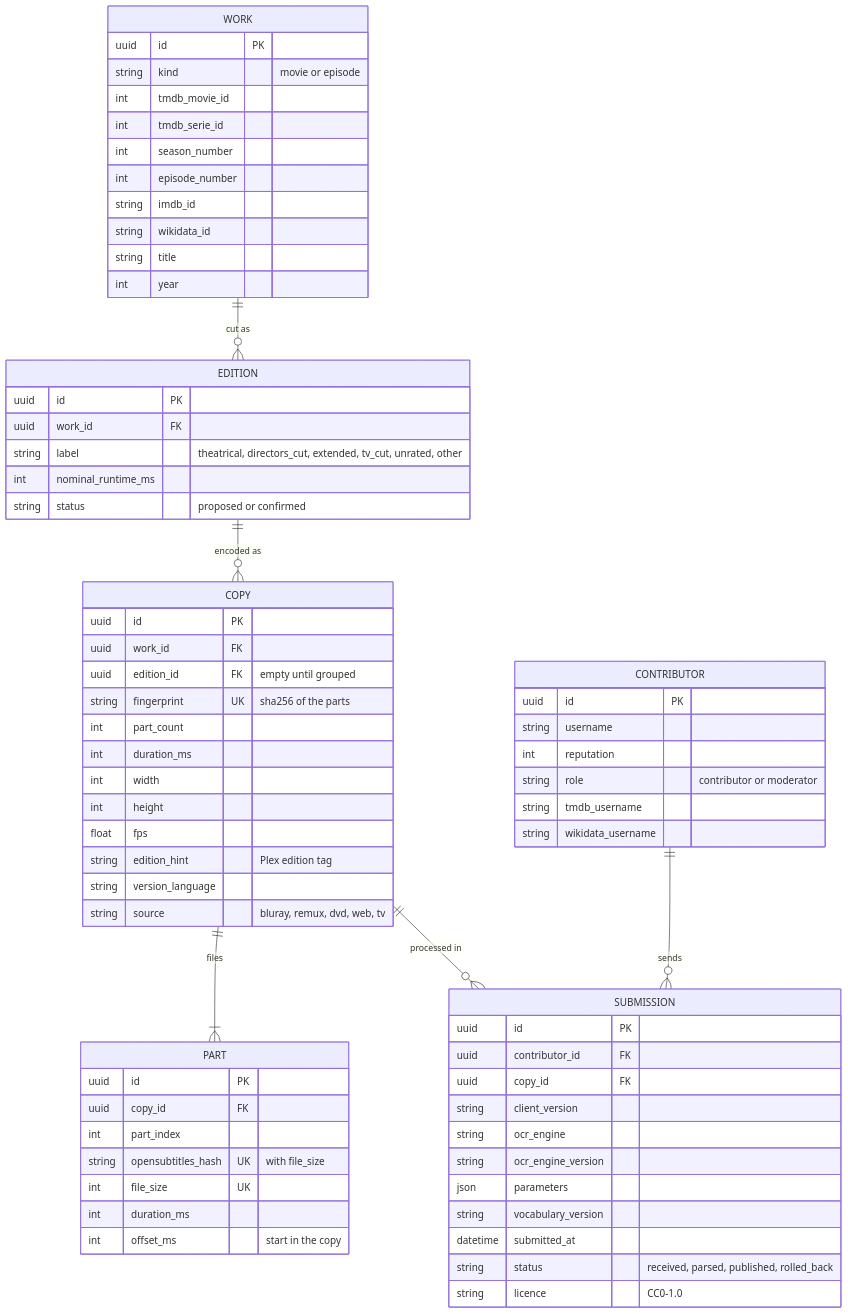
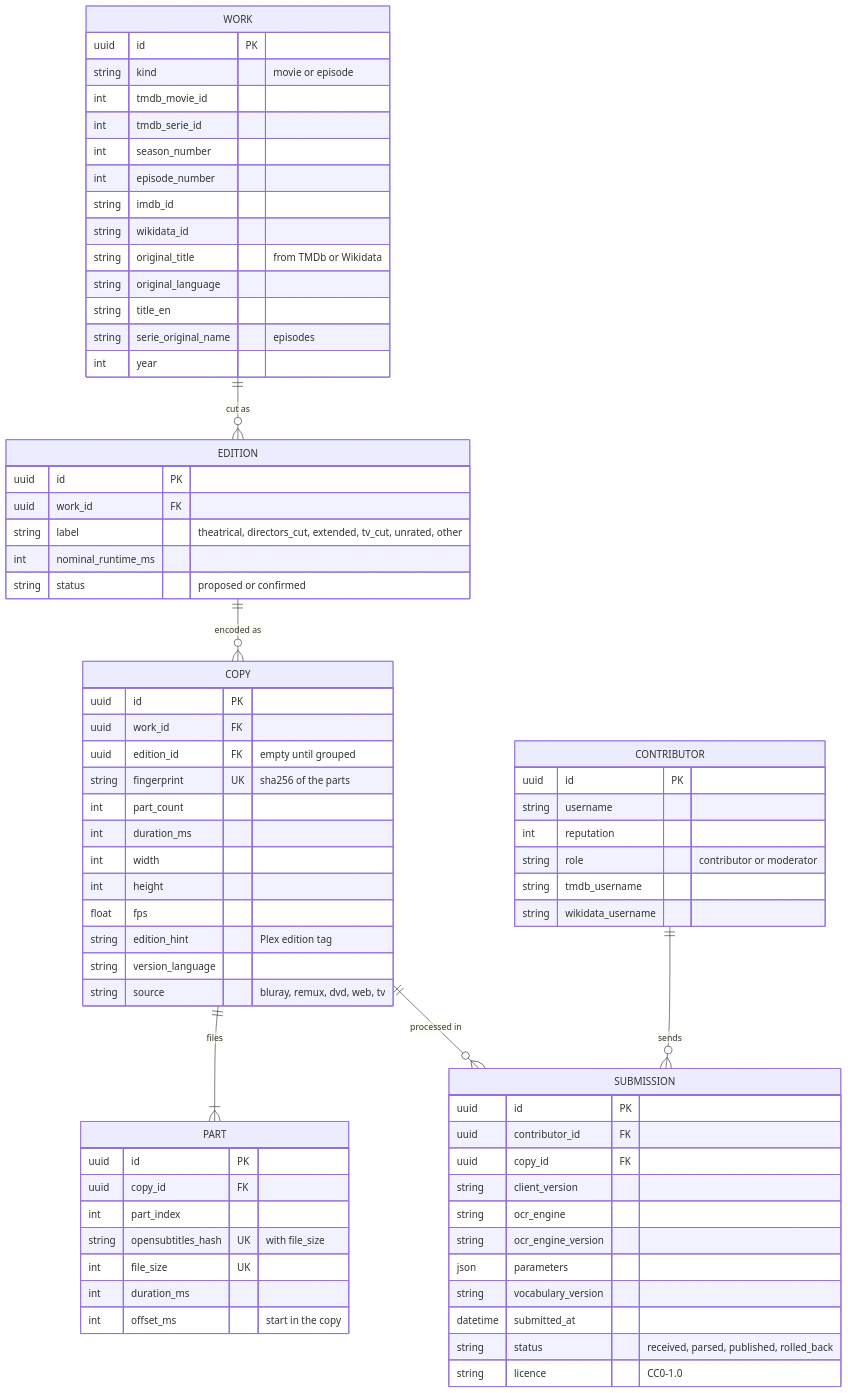
Before and after one commit to vaugouin/open-credits: the second of 5 diagrams in doc/data-model.md, drawn with Mermaid. The commit also changed other lines of this file and 4 other files, not shown here.

First line of the commit message:
WORK titles: original_title, original_language, title_en and serie_original_name filled by the importer from TMDb or Wikidata; the submission sends title_hint and title_language as a sanity check; the checker prints the work it validated

````diff
--- a/doc/data-model.md
+++ b/doc/data-model.md
@@ -342,72 +347,75 @@
 ```mermaid
 erDiagram
     WORK ||--o{ EDITION : "cut as"
     EDITION ||--o{ COPY : "encoded as"
     COPY ||--|{ PART : "files"
     COPY ||--o{ SUBMISSION : "processed in"
     CONTRIBUTOR ||--o{ SUBMISSION : "sends"
 
     WORK {
         uuid id PK
         string kind "movie or episode"
         int tmdb_movie_id
         int tmdb_serie_id
         int season_number
         int episode_number
         string imdb_id
         string wikidata_id
-        string title
+        string original_title "from TMDb or Wikidata"
+        string original_language
+        string title_en
+        string serie_original_name "episodes"
         int year
     }
     EDITION {
         uuid id PK
         uuid work_id FK
         string label "theatrical, directors_cut, extended, tv_cut, unrated, other"
         int nominal_runtime_ms
         string status "proposed or confirmed"
     }
     COPY {
         uuid id PK
         uuid work_id FK
         uuid edition_id FK "empty until grouped"
         string fingerprint UK "sha256 of the parts"
         int part_count
         int duration_ms
         int width
         int height
         float fps
         string edition_hint "Plex edition tag"
         string version_language
         string source "bluray, remux, dvd, web, tv"
     }
     PART {
         uuid id PK
         uuid copy_id FK
         int part_index
         string opensubtitles_hash UK "with file_size"
         int file_size UK
         int duration_ms
         int offset_ms "start in the copy"
     }
     SUBMISSION {
         uuid id PK
         uuid contributor_id FK
         uuid copy_id FK
         string client_version
         string ocr_engine
         string ocr_engine_version
         json parameters
         string vocabulary_version
         datetime submitted_at
         string status "received, parsed, published, rolled_back"
         string licence "CC0-1.0"
     }
     CONTRIBUTOR {
         uuid id PK
         string username
         int reputation
         string role "contributor or moderator"
         string tmdb_username
         string wikidata_username
     }
 ```
````
